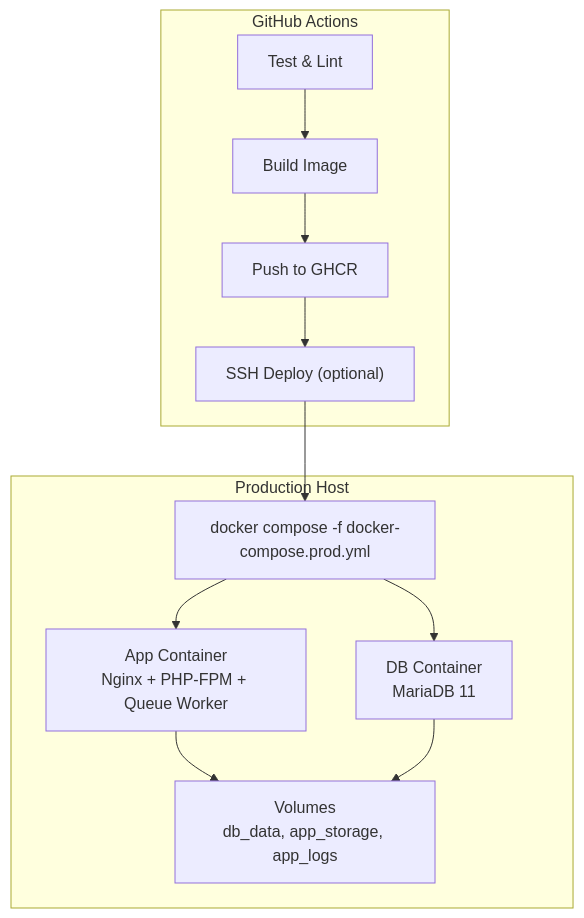
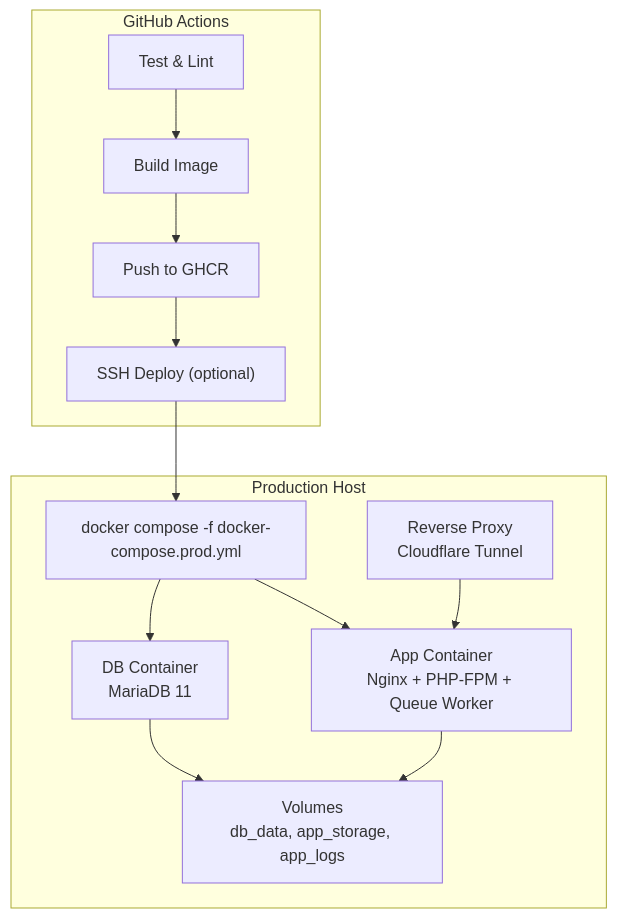
Before and after one commit to Dikksap/laravel_RsvHelmet: the second of 9 diagrams in .qoder/repowiki/en/content/Deployment Guide.md, drawn with Mermaid. The commit also changed other lines of this file and 108 other files, not shown here.

````diff
--- a/.qoder/repowiki/en/content/Deployment Guide.md
+++ b/.qoder/repowiki/en/content/Deployment Guide.md
@@ -88,21 +106,23 @@
 ```mermaid
 graph TB
 subgraph "GitHub Actions"
 Test["Test & Lint"]
 Build["Build Image"]
 Push["Push to GHCR"]
 Deploy["SSH Deploy (optional)"]
 end
 subgraph "Production Host"
 Compose["docker compose -f docker-compose.prod.yml"]
 App["App Container<br/>Nginx + PHP-FPM + Queue Worker"]
 DB["DB Container<br/>MariaDB 11"]
 Volumes["Volumes<br/>db_data, app_storage, app_logs"]
+Proxy["Reverse Proxy<br/>Cloudflare Tunnel"]
 end
 Test --> Build --> Push --> Deploy
 Deploy --> Compose
 Compose --> App
 Compose --> DB
 App --> Volumes
 DB --> Volumes
+Proxy --> App
 ```
````
